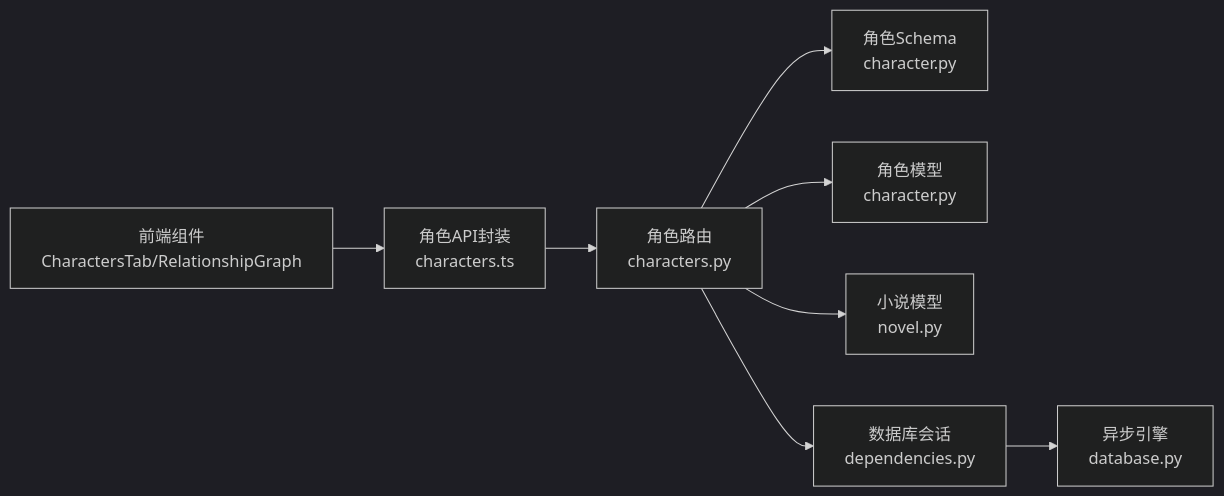
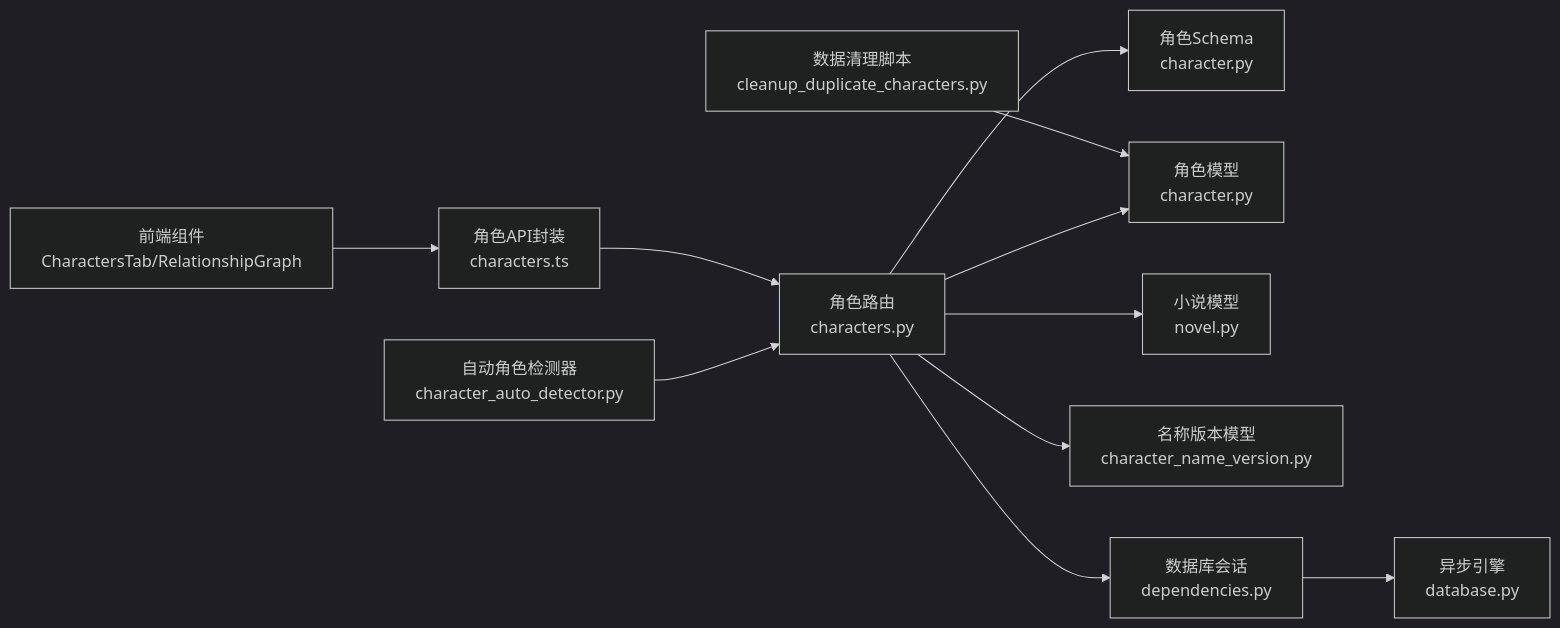
One commit to xfbyxq/ai-novel-system changed the tenth of 10 diagrams in .qoder/repowiki/zh/content/API接口文档/角色管理API.md. Above: the diagram before and after it, drawn with Mermaid (dark theme). The commit also changed other lines of this file and 11 other files, not shown here.

````diff
--- a/.qoder/repowiki/zh/content/API接口文档/角色管理API.md
+++ b/.qoder/repowiki/zh/content/API接口文档/角色管理API.md
@@ -376,10 +516,13 @@
 ```mermaid
 graph LR
 R["角色路由<br/>characters.py"] --> S["角色Schema<br/>character.py"]
 R --> M["角色模型<br/>character.py"]
 R --> N["小说模型<br/>novel.py"]
+R --> NV["名称版本模型<br/>character_name_version.py"]
 R --> D["数据库会话<br/>dependencies.py"]
 D --> E["异步引擎<br/>database.py"]
+AS["自动角色检测器<br/>character_auto_detector.py"] --> R
+DS["数据清理脚本<br/>cleanup_duplicate_characters.py"] --> M
 FE["前端组件<br/>CharactersTab/RelationshipGraph"] --> API["角色API封装<br/>characters.ts"]
 API --> R
 ```
````
